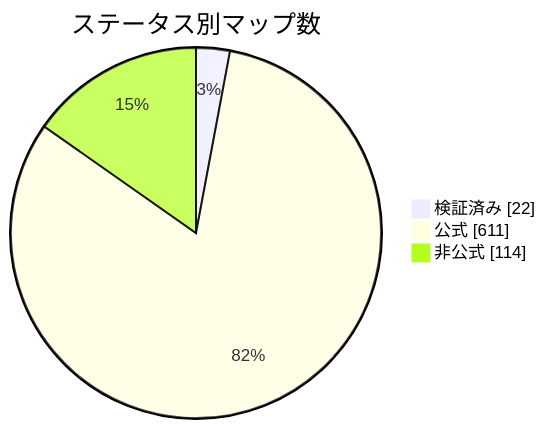
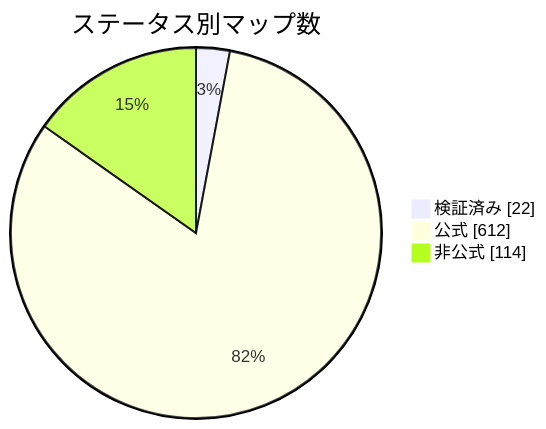
Before and after one commit to nobrega8/mbmap-library: the diagram in docs/readme/README_JP.md, drawn with Mermaid. The commit also changed 6 other files, not shown here.

````diff
--- a/docs/readme/README_JP.md
+++ b/docs/readme/README_JP.md
@@ -54,7 +54,7 @@
 ```mermaid
 pie showData
     title ステータス別マップ数
     "検証済み" : 22
-    "公式" : 611
+    "公式" : 612
     "非公式" : 114
 ```
````
